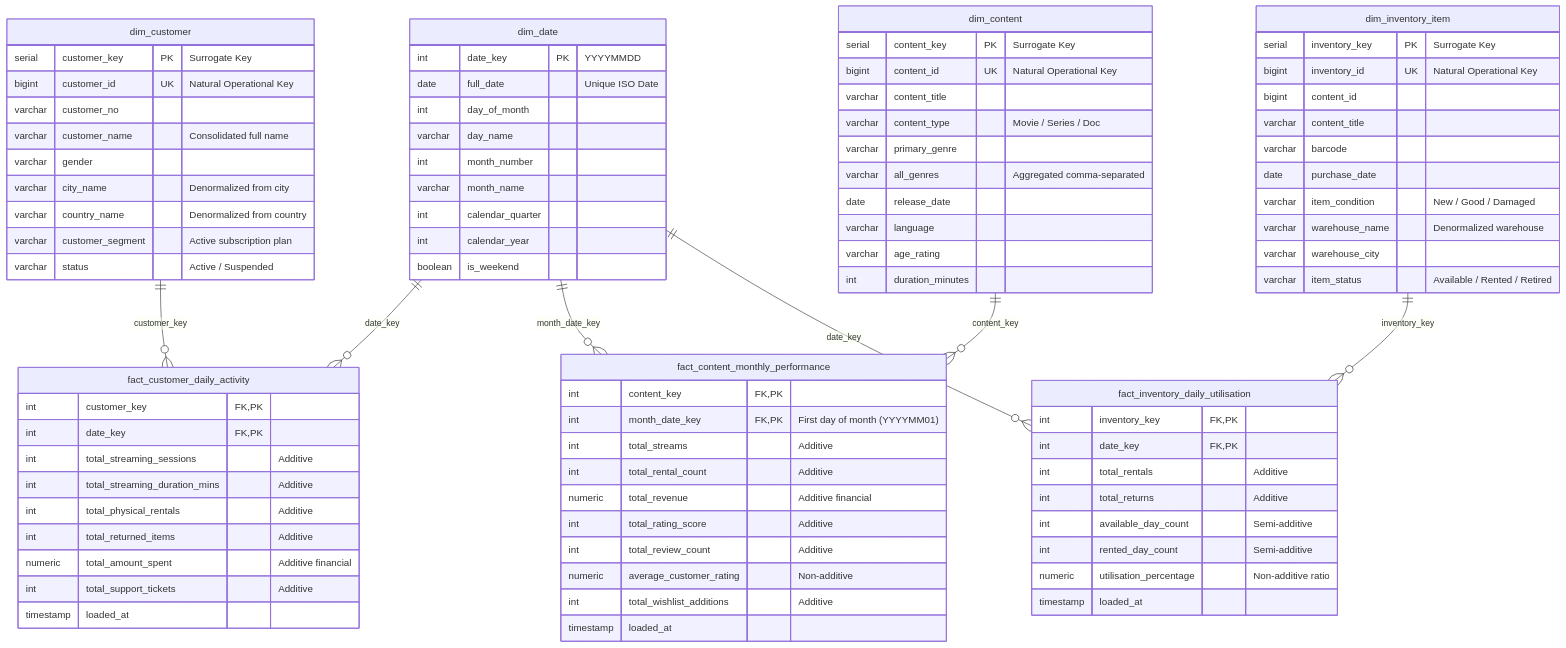
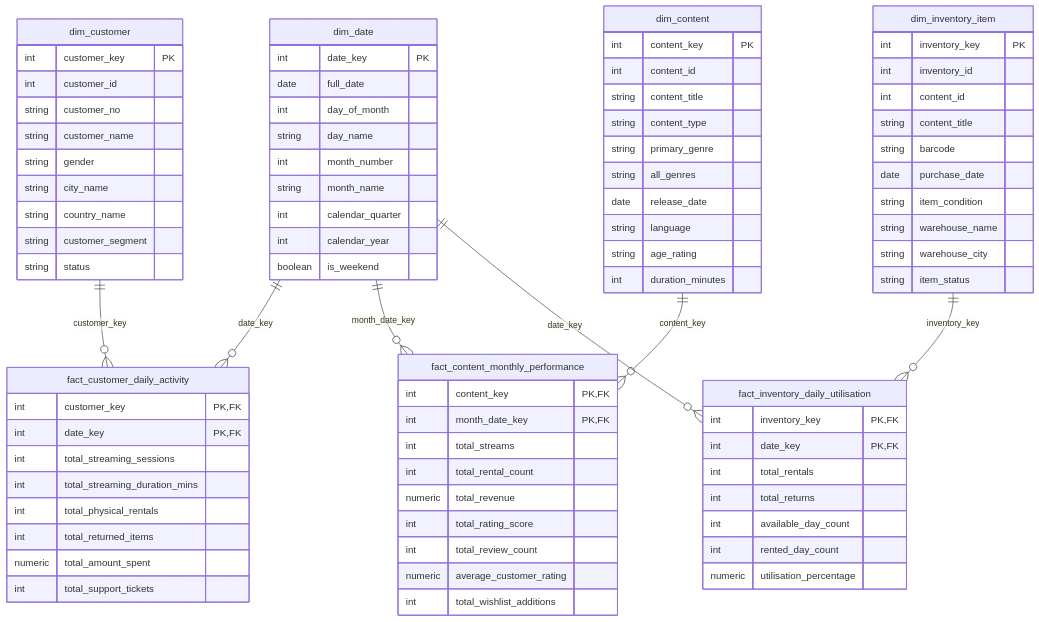
Before and after one commit to dinod001/abc-hub-data-warehouse: the second of 2 diagrams in README.md, drawn with Mermaid. The commit also changed other lines of this file and 1 other file, not shown here.

Commit message:
feat: add NiFi ETL pipeline configuration and update documentation

````diff
--- a/README.md
+++ b/README.md
@@ -125,88 +131,85 @@
     dim_inventory_item ||--o{ fact_inventory_daily_utilisation : "inventory_key"
 
     dim_date {
-        int date_key PK "YYYYMMDD"
-        date full_date "Unique ISO Date"
+        int date_key PK
+        date full_date
         int day_of_month
-        varchar day_name
+        string day_name
         int month_number
-        varchar month_name
+        string month_name
         int calendar_quarter
         int calendar_year
         boolean is_weekend
     }
 
     dim_customer {
-        serial customer_key PK "Surrogate Key"
-        bigint customer_id UK "Natural Operational Key"
-        varchar customer_no
-        varchar customer_name "Consolidated full name"
-        varchar gender
-        varchar city_name "Denormalized from city"
-        varchar country_name "Denormalized from country"
-        varchar customer_segment "Active subscription plan"
-        varchar status "Active / Suspended"
+        int customer_key PK
+        int customer_id
+        string customer_no
+        string customer_name
+        string gender
+        string city_name
+        string country_name
+        string customer_segment
+        string status
     }
 
     dim_content {
-        serial content_key PK "Surrogate Key"
-        bigint content_id UK "Natural Operational Key"
-        varchar content_title
-        varchar content_type "Movie / Series / Doc"
-        varchar primary_genre
-        varchar all_genres "Aggregated comma-separated"
+        int content_key PK
+        int content_id
+        string content_title
+        string content_type
+        string primary_genre
+        string all_genres
         date release_date
-        varchar language
-        varchar age_rating
+        string language
+        string age_rating
         int duration_minutes
     }
 
     dim_inventory_item {
-        serial inventory_key PK "Surrogate Key"
-        bigint inventory_id UK "Natural Operational Key"
-        bigint content_id
-        varchar content_title
-        varchar barcode
+        int inventory_key PK
+        int inventory_id
+        int content_id
+        string content_title
+        string barcode
         date purchase_date
-        varchar item_condition "New / Good / Damaged"
-        varchar warehouse_name "Denormalized warehouse"
-        varchar warehouse_city
-        varchar item_status "Available / Rented / Retired"
+        string item_condition
+        string warehouse_name
+        string warehouse_city
+        string item_status
     }
 
     fact_customer_daily_activity {
-        int customer_key FK, PK
-        int date_key FK, PK
-        int total_streaming_sessions "Additive"
-        int total_streaming_duration_mins "Additive"
-        int total_physical_rentals "Additive"
-        int total_returned_items "Additive"
-        numeric total_amount_spent "Additive financial"
-        int total_support_tickets "Additive"
-        timestamp loaded_at
+        int customer_key PK, FK
+        int date_key PK, FK
+        int total_streaming_sessions
+        int total_streaming_duration_mins
+        int total_physical_rentals
+        int total_returned_items
+        numeric total_amount_spent
+        int total_support_tickets
     }
 
     fact_content_monthly_performance {
-        int content_key FK, PK
-        int month_date_key FK, PK "First day of month (YYYYMM01)"
-        int total_streams "Additive"
-        int total_rental_count "Additive"
-        numeric total_revenue "Additive financial"
-        int total_rating_score "Additive"
-        int total_review_count "Additive"
-        numeric average_customer_rating "Non-additive"
-        int total_wishlist_additions "Additive"
-        timestamp loaded_at
+        int content_key PK, FK
+        int month_date_key PK, FK
+        int total_streams
+        int total_rental_count
+        numeric total_revenue
+        int total_rating_score
+        int total_review_count
+        numeric average_customer_rating
+        int total_wishlist_additions
     }
 
     fact_inventory_daily_utilisation {
-        int inventory_key FK, PK
-        int date_key FK, PK
-        int total_rentals "Additive"
-        int total_returns "Additive"
-        int available_day_count "Semi-additive"
-        int rented_day_count "Semi-additive"
-        numeric utilisation_percentage "Non-additive ratio"
-        timestamp loaded_at
+        int inventory_key PK, FK
+        int date_key PK, FK
+        int total_rentals
+        int total_returns
+        int available_day_count
+        int rented_day_count
+        numeric utilisation_percentage
     }
 ```
````
